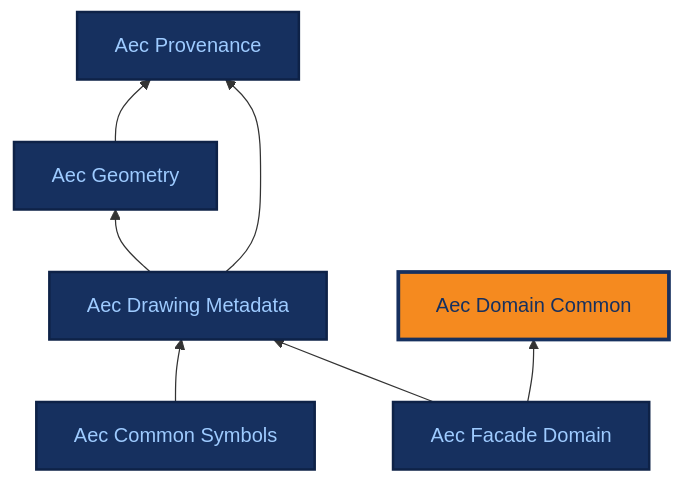
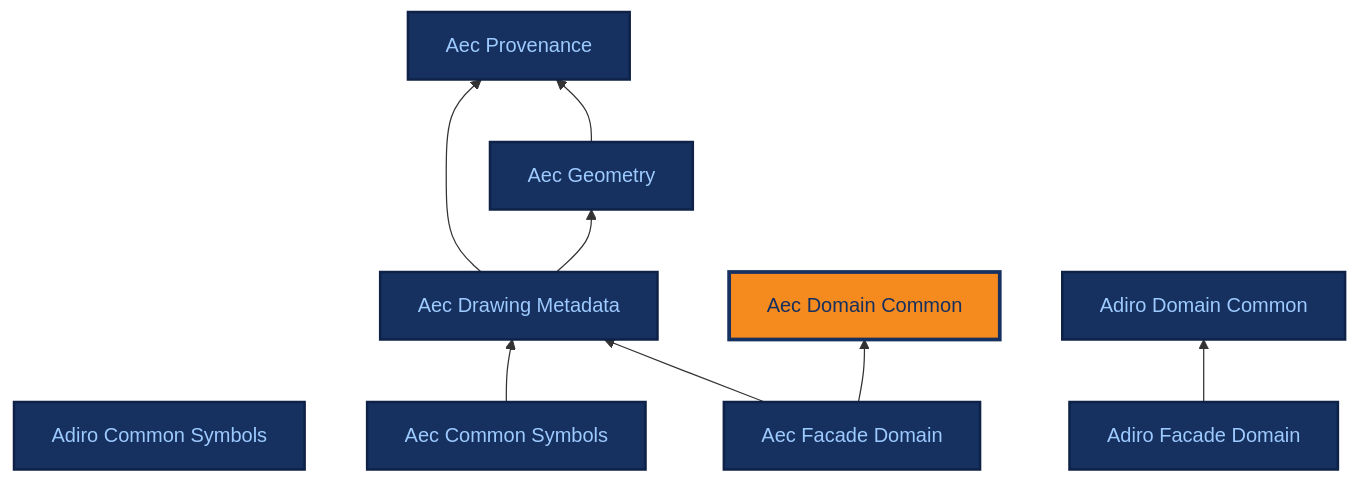
Before and after one commit to BuroHappoldMachineLearning/ADIRO: the diagram in docs/ontologies/aec_domain_common/1.0.0.md, drawn with Mermaid. The commit also changed other lines of this file and 162 other files, not shown here.

First line of the commit message:
feat: rename three modules, with the reference terms defined in adiro_drawing_symbology (#281, #277, #271)

````diff
--- a/docs/ontologies/aec_domain_common/1.0.0.md
+++ b/docs/ontologies/aec_domain_common/1.0.0.md
@@ -41,26 +42,33 @@
 ```mermaid
 %%{init: {"themeCSS": ".base .nodeLabel,.base .nodeLabel p,.base text,.base tspan{fill:#9ecbff !important;color:#9ecbff !important}.current .nodeLabel,.current .nodeLabel p,.current text,.current tspan{fill:#16305f !important;color:#16305f !important}"} }%%
 graph BT
     aec_provenance["Aec Provenance"]
     aec_geometry["Aec Geometry"]
     aec_drawing_metadata["Aec Drawing Metadata"]
+    adiro_common_symbols["Adiro Common Symbols"]
     aec_common_symbols["Aec Common Symbols"]
+    adiro_domain_common["Adiro Domain Common"]
     aec_domain_common["Aec Domain Common"]
+    adiro_facade_domain["Adiro Facade Domain"]
     aec_facade_domain["Aec Facade Domain"]
     aec_geometry --> aec_provenance
     aec_drawing_metadata --> aec_geometry
     aec_drawing_metadata --> aec_provenance
     aec_common_symbols --> aec_drawing_metadata
+    adiro_facade_domain --> adiro_domain_common
     aec_facade_domain --> aec_domain_common
     aec_facade_domain --> aec_drawing_metadata
     click aec_provenance "../../aec_provenance/" "Aec Provenance reference page"
     click aec_geometry "../../aec_geometry/" "Aec Geometry reference page"
     click aec_drawing_metadata "../../aec_drawing_metadata/" "Aec Drawing Metadata reference page"
+    click adiro_common_symbols "../../adiro_common_symbols/" "Adiro Common Symbols reference page"
     click aec_common_symbols "../../aec_common_symbols/" "Aec Common Symbols reference page"
+    click adiro_domain_common "../../adiro_domain_common/" "Adiro Domain Common reference page"
     click aec_domain_common "../../aec_domain_common/" "Aec Domain Common reference page"
+    click adiro_facade_domain "../../adiro_facade_domain/" "Adiro Facade Domain reference page"
     click aec_facade_domain "../../aec_facade_domain/" "Aec Facade Domain reference page"
     classDef base fill:#16305f,stroke:#0e2247,stroke-width:2px,color:#9ecbff;
-    class aec_provenance,aec_geometry,aec_drawing_metadata,aec_common_symbols,aec_facade_domain base;
+    class aec_provenance,aec_geometry,aec_drawing_metadata,adiro_common_symbols,aec_common_symbols,adiro_domain_common,adiro_facade_domain,aec_facade_domain base;
     classDef current fill:#f58a1f,stroke:#16305f,stroke-width:3px,color:#16305f;
     class aec_domain_common current;
 ```
````
